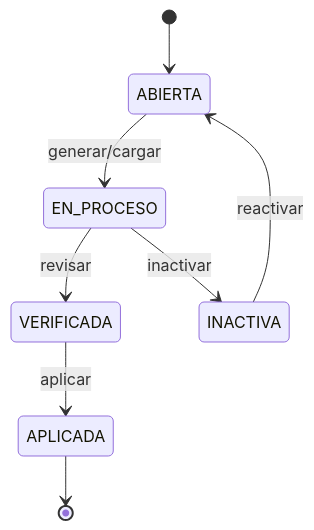
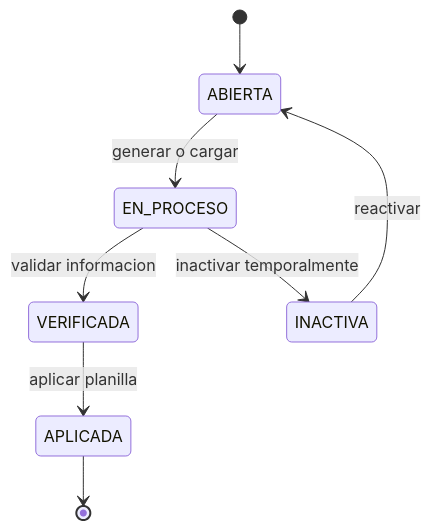
The first of 2 diagrams in docs/08-planilla/PLANILLA-NOMINA-CONSOLIDADO.md (Robertoart13/NewKipital), drawn with Mermaid before and after one commit. The commit also changed other lines of this file and 119 other files, not shown here.

````diff
--- a/docs/08-planilla/PLANILLA-NOMINA-CONSOLIDADO.md
+++ b/docs/08-planilla/PLANILLA-NOMINA-CONSOLIDADO.md
@@ -8,10 +14,10 @@
 ```mermaid
 stateDiagram-v2
   [*] --> ABIERTA
-  ABIERTA --> EN_PROCESO: generar/cargar
-  EN_PROCESO --> VERIFICADA: revisar
-  VERIFICADA --> APLICADA: aplicar
-  EN_PROCESO --> INACTIVA: inactivar
+  ABIERTA --> EN_PROCESO: generar o cargar
+  EN_PROCESO --> VERIFICADA: validar informacion
+  VERIFICADA --> APLICADA: aplicar planilla
+  EN_PROCESO --> INACTIVA: inactivar temporalmente
   INACTIVA --> ABIERTA: reactivar
   APLICADA --> [*]
 ```
````
